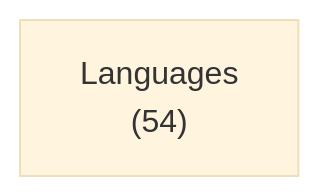
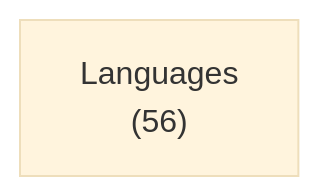
Before and after one commit to ruudkoot/rune: the first of 2 diagrams in docs/lib/language/haskell/depends.md, drawn with Mermaid (base theme). The commit also changed other lines of this file and 15 other files, not shown here.

````diff
--- a/docs/lib/language/haskell/depends.md
+++ b/docs/lib/language/haskell/depends.md
@@ -24,4 +24,4 @@
 ```mermaid
 flowchart LR
-  a0["Languages<br>(54)"]
+  a0["Languages<br>(56)"]
 ```
````
